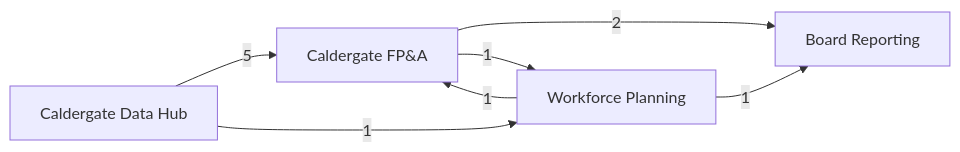
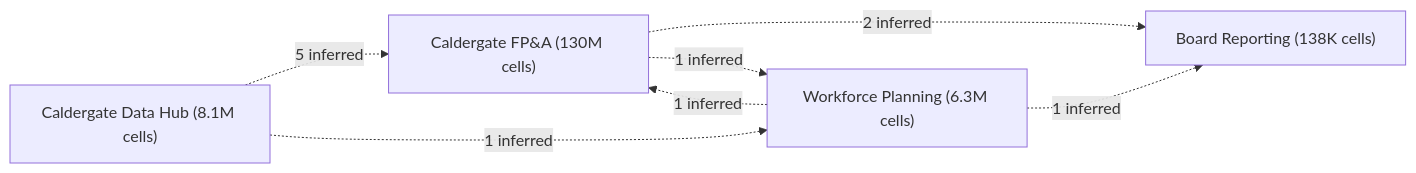
One commit to klameer/anaplan-estate changed the diagram in examples/caldergate-estate/estate.md. Above: the diagram before and after it, drawn with Mermaid. The commit also changed other lines of this file and 17 other files, not shown here.

````diff
--- a/examples/caldergate-estate/estate.md
+++ b/examples/caldergate-estate/estate.md
@@ -798,13 +34,13 @@
 ```mermaid
 flowchart LR
-  M0["Caldergate Data Hub"]
-  M1["Caldergate FP&A"]
-  M2["Workforce Planning"]
-  M3["Board Reporting"]
-  M0 -->|5| M1
-  M1 -->|2| M3
-  M2 -->|1| M1
-  M0 -->|1| M2
-  M1 -->|1| M2
-  M2 -->|1| M3
+  M0["Caldergate Data Hub (8.1M cells)"]
+  M1["Caldergate FP&A (130M cells)"]
+  M2["Workforce Planning (6.3M cells)"]
+  M3["Board Reporting (138K cells)"]
+  M0 -.->|5 inferred| M1
+  M1 -.->|2 inferred| M3
+  M2 -.->|1 inferred| M1
+  M0 -.->|1 inferred| M2
+  M1 -.->|1 inferred| M2
+  M2 -.->|1 inferred| M3
 ```
````
